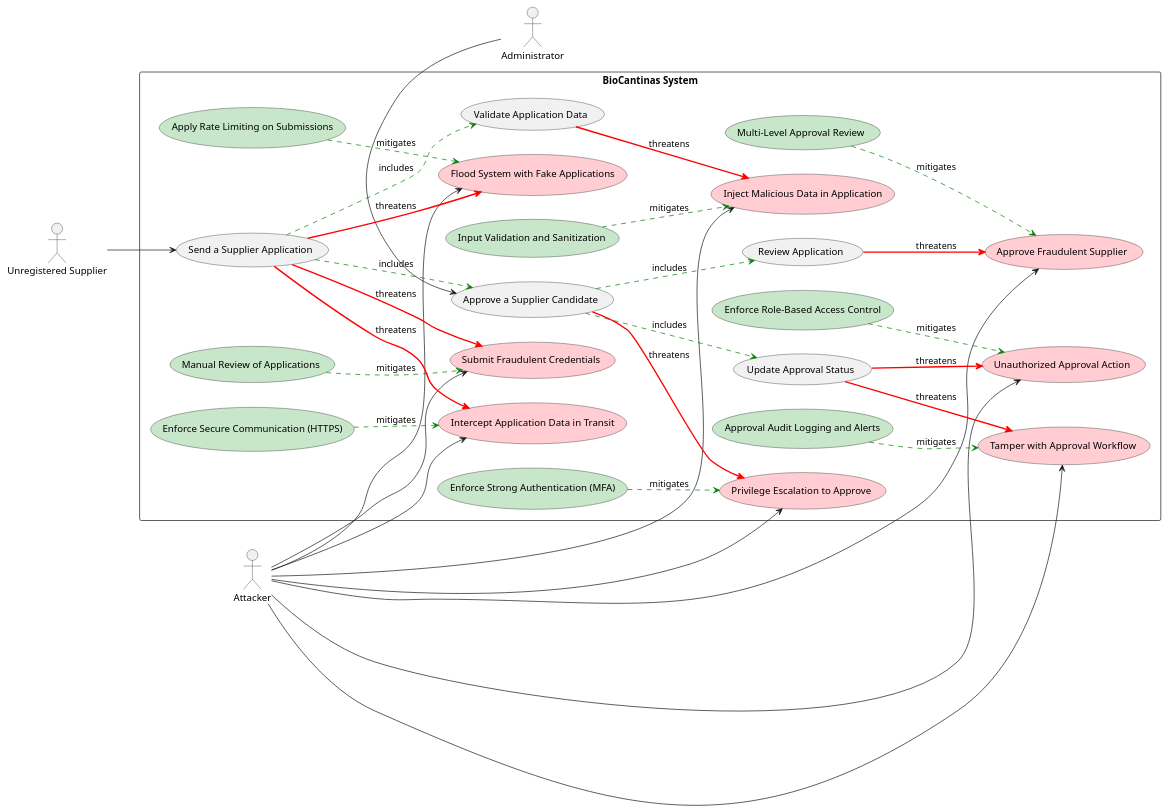
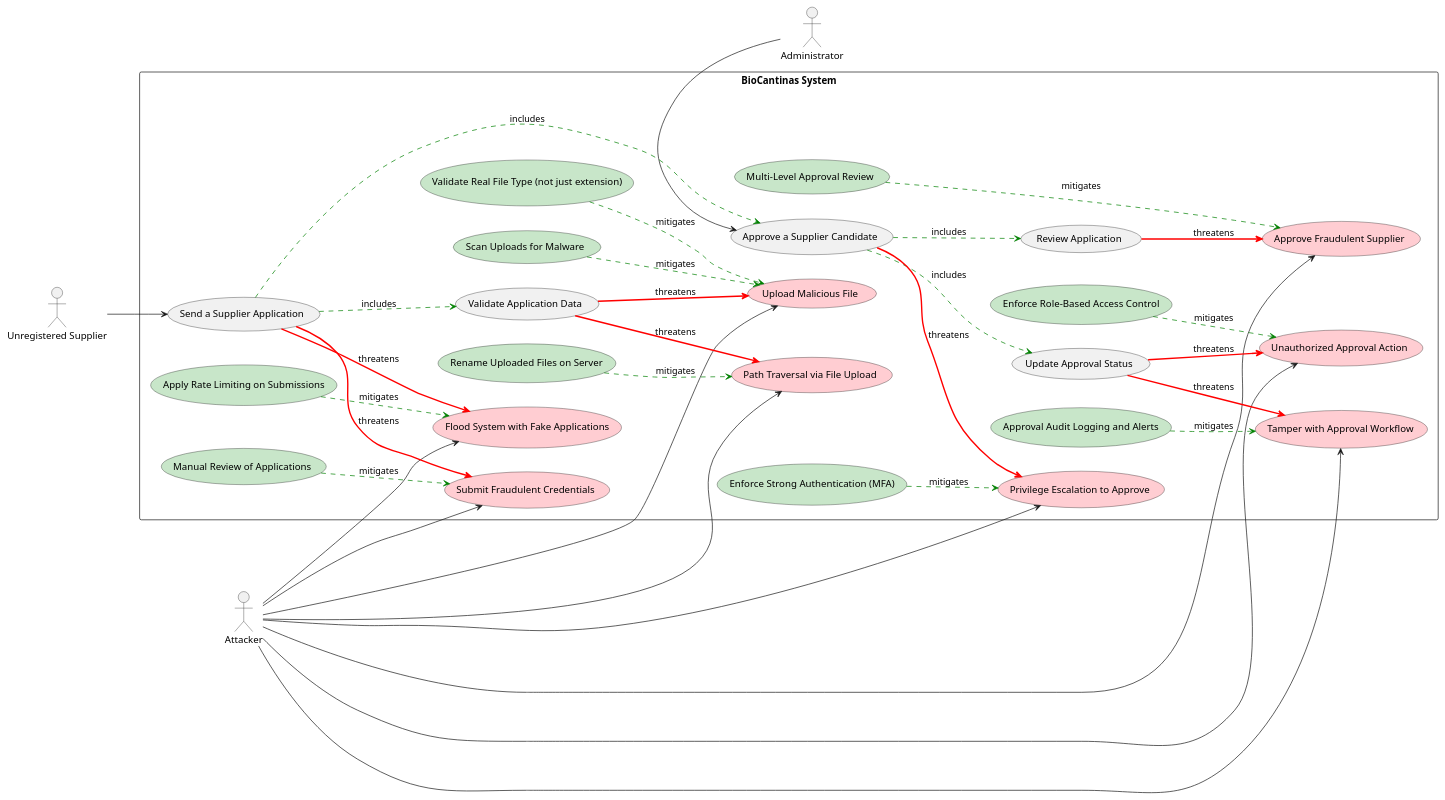
Before and after one commit to mei-desofs/desofs2026-thu_ffs_1: the diagram in Deliverables/phase1/diagrams/Abuse Cases/supplierAbuseCase.puml, drawn with PlantUML. The commit also changed 6 other files, not shown here.

```diff
--- a/Deliverables/phase1/diagrams/Abuse Cases/supplierAbuseCase.puml
+++ b/Deliverables/phase1/diagrams/Abuse Cases/supplierAbuseCase.puml
@@ -1,70 +1,72 @@
 @startuml
 left to right direction
 skinparam packageStyle rectangle
 
 actor UnregisteredSupplier as "Unregistered Supplier"
 actor Admin as "Administrator"
 actor Attacker
 
 package "BioCantinas System" {
 
     usecase "Send a Supplier Application" as SupplierAppUC
     usecase "Validate Application Data" as ValidateUC
     usecase "Approve a Supplier Candidate" as ApproveUC
     usecase "Review Application" as ReviewUC
     usecase "Update Approval Status" as UpdateStatusUC
 
     usecase "Flood System with Fake Applications" as FloodAbuse #FFCDD2
-    usecase "Inject Malicious Data in Application" as InjectionAbuse #FFCDD2
+    usecase "Upload Malicious File" as MaliciousFileAbuse #FFCDD2
+    usecase "Path Traversal via File Upload" as PathTraversalAbuse #FFCDD2
     usecase "Submit Fraudulent Credentials" as FraudAbuse #FFCDD2
-    usecase "Intercept Application Data in Transit" as InterceptAbuse #FFCDD2
     usecase "Approve Fraudulent Supplier" as FraudApprovalAbuse #FFCDD2
     usecase "Unauthorized Approval Action" as UnauthorizedAbuse #FFCDD2
     usecase "Tamper with Approval Workflow" as TamperAbuse #FFCDD2
     usecase "Privilege Escalation to Approve" as PrivEscAbuse #FFCDD2
 
     usecase "Apply Rate Limiting on Submissions" as RateLimitMitigate #C8E6C9
-    usecase "Input Validation and Sanitization" as InputValidMitigate #C8E6C9
+    usecase "Validate Real File Type (not just extension)" as FileTypeMitigate #C8E6C9
+    usecase "Scan Uploads for Malware" as MalwareScanMitigate #C8E6C9
+    usecase "Rename Uploaded Files on Server" as RenameFileMitigate #C8E6C9
     usecase "Manual Review of Applications" as ManualReviewMitigate #C8E6C9
-    usecase "Enforce Secure Communication (HTTPS)" as HTTPSMitigate #C8E6C9
     usecase "Enforce Role-Based Access Control" as RBACMitigate #C8E6C9
     usecase "Multi-Level Approval Review" as MultiLevelMitigate #C8E6C9
     usecase "Approval Audit Logging and Alerts" as AuditMitigate #C8E6C9
     usecase "Enforce Strong Authentication (MFA)" as MFAMitigate #C8E6C9
 
     UnregisteredSupplier --> SupplierAppUC
     Admin -left-> ApproveUC
 
     SupplierAppUC .[#green].> ValidateUC : includes
+    SupplierAppUC .[#green]..> ApproveUC : includes
     ApproveUC .[#green].> ReviewUC : includes
     ApproveUC .[#green].> UpdateStatusUC : includes
-    SupplierAppUC .[#green].> ApproveUC : includes
 
     Attacker --> FloodAbuse
-    Attacker --> InjectionAbuse
+    Attacker --> MaliciousFileAbuse
+    Attacker --> PathTraversalAbuse
     Attacker --> FraudAbuse
-    Attacker --> InterceptAbuse
     Attacker --> FraudApprovalAbuse
     Attacker --> UnauthorizedAbuse
     Attacker --> TamperAbuse
     Attacker --> PrivEscAbuse
 
     SupplierAppUC -[#red,bold]-> FloodAbuse : threatens
-    ValidateUC -[#red,bold]-> InjectionAbuse : threatens
+    ValidateUC -[#red,bold]-> MaliciousFileAbuse : threatens
+    ValidateUC -[#red,bold]-> PathTraversalAbuse : threatens
     SupplierAppUC -[#red,bold]-> FraudAbuse : threatens
-    SupplierAppUC -[#red,bold]-> InterceptAbuse : threatens
     ReviewUC -[#red,bold]-> FraudApprovalAbuse : threatens
     UpdateStatusUC -[#red,bold]-> UnauthorizedAbuse : threatens
     UpdateStatusUC -[#red,bold]-> TamperAbuse : threatens
     ApproveUC -[#red,bold]-> PrivEscAbuse : threatens
 
     RateLimitMitigate -[#green,dashed]-> FloodAbuse : mitigates
-    InputValidMitigate -[#green,dashed]-> InjectionAbuse : mitigates
+    FileTypeMitigate -[#green,dashed]-> MaliciousFileAbuse : mitigates
+    MalwareScanMitigate -[#green,dashed]-> MaliciousFileAbuse : mitigates
+    RenameFileMitigate -[#green,dashed]-> PathTraversalAbuse : mitigates
     ManualReviewMitigate -[#green,dashed]-> FraudAbuse : mitigates
-    HTTPSMitigate -[#green,dashed]-> InterceptAbuse : mitigates
-    MultiLevelMitigate -[#green,dashed]-> FraudApprovalAbuse : mitigates
+    MultiLevelMitigate -[#green,dashed]--> FraudApprovalAbuse : mitigates
     RBACMitigate -[#green,dashed]-> UnauthorizedAbuse : mitigates
     AuditMitigate -[#green,dashed]-> TamperAbuse : mitigates
     MFAMitigate -[#green,dashed]-> PrivEscAbuse : mitigates
 }
 @enduml
```
